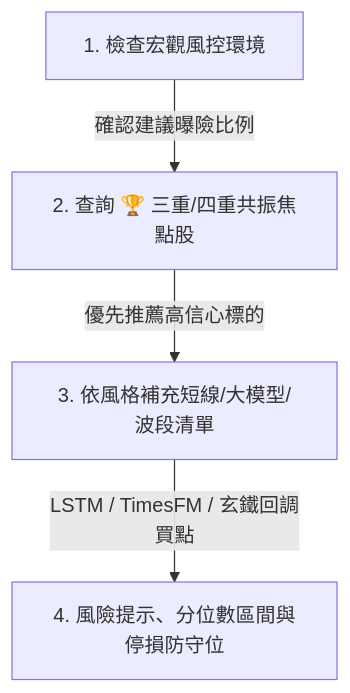
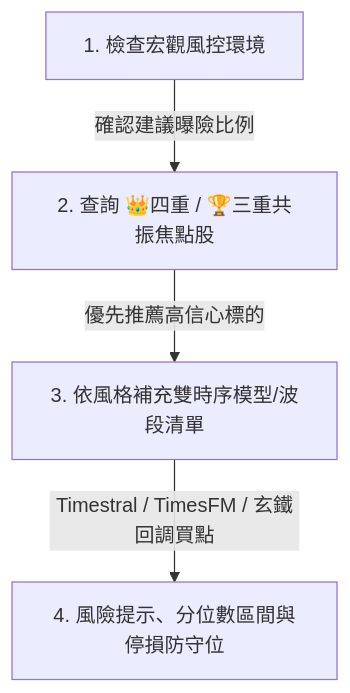
Before and after one commit to tbdavid2019/stock-underdog-ml: the diagram in skills/stock-quant/SKILL.md, drawn with Mermaid. The commit also changed other lines of this file and 8 other files, not shown here.

````diff
--- a/skills/stock-quant/SKILL.md
+++ b/skills/stock-quant/SKILL.md
@@ -40,6 +40,6 @@
 ```mermaid
 graph TD
-    Step1[1. 檢查宏觀風控環境] -->|確認建議曝險比例| Step2[2. 查詢 🏆 三重/四重共振焦點股]
-    Step2 -->|優先推薦高信心標的| Step3[3. 依風格補充短線/大模型/波段清單]
-    Step3 -->|LSTM / TimesFM / 玄鐵回調買點| Step4[4. 風險提示、分位數區間與停損防守位]
+    Step1[1. 檢查宏觀風控環境] -->|確認建議曝險比例| Step2[2. 查詢 👑四重 / 🏆三重共振焦點股]
+    Step2 -->|優先推薦高信心標的| Step3[3. 依風格補充雙時序模型/波段清單]
+    Step3 -->|Timestral / TimesFM / 玄鐵回調買點| Step4[4. 風險提示、分位數區間與停損防守位]
 ```
````
